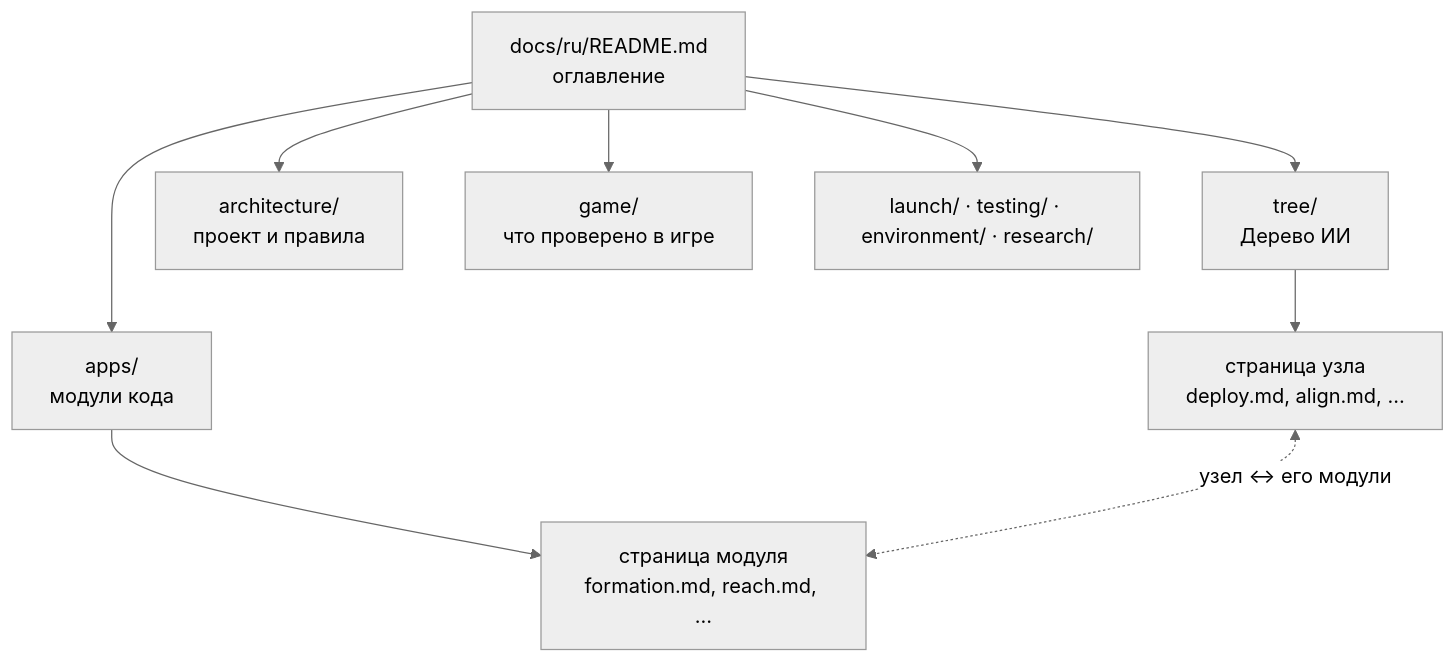
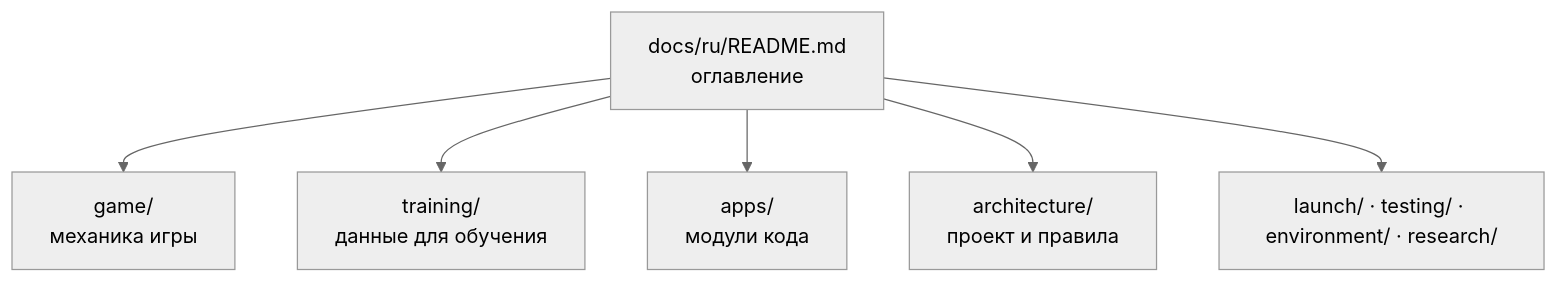
Before and after one commit to DimaZero7/TWW3-batle-ai: the first of 2 diagrams in docs/ru/architecture/documentation.md, drawn with Mermaid (neutral theme). The commit also changed other lines of this file and 438 other files, not shown here.

First line of the commit message:
Reset: keep the game's base mechanics and data for training a network from scratch

````diff
--- a/docs/ru/architecture/documentation.md
+++ b/docs/ru/architecture/documentation.md
@@ -11,11 +11,8 @@
 ```mermaid
 flowchart TB
-  root["docs/ru/README.md<br/>оглавление"] --> tree["tree/<br/>Дерево ИИ"]
+  root["docs/ru/README.md<br/>оглавление"] --> game["game/<br/>механика игры"]
+  root --> training["training/<br/>данные для обучения"]
   root --> apps["apps/<br/>модули кода"]
   root --> arch["architecture/<br/>проект и правила"]
-  root --> game["game/<br/>что проверено в игре"]
   root --> other["launch/ · testing/ · environment/ · research/"]
-  tree --> node["страница узла<br/>deploy.md, align.md, …"]
-  apps --> mod["страница модуля<br/>formation.md, reach.md, …"]
-  node <-. "узел ↔ его модули" .-> mod
 ```
````
